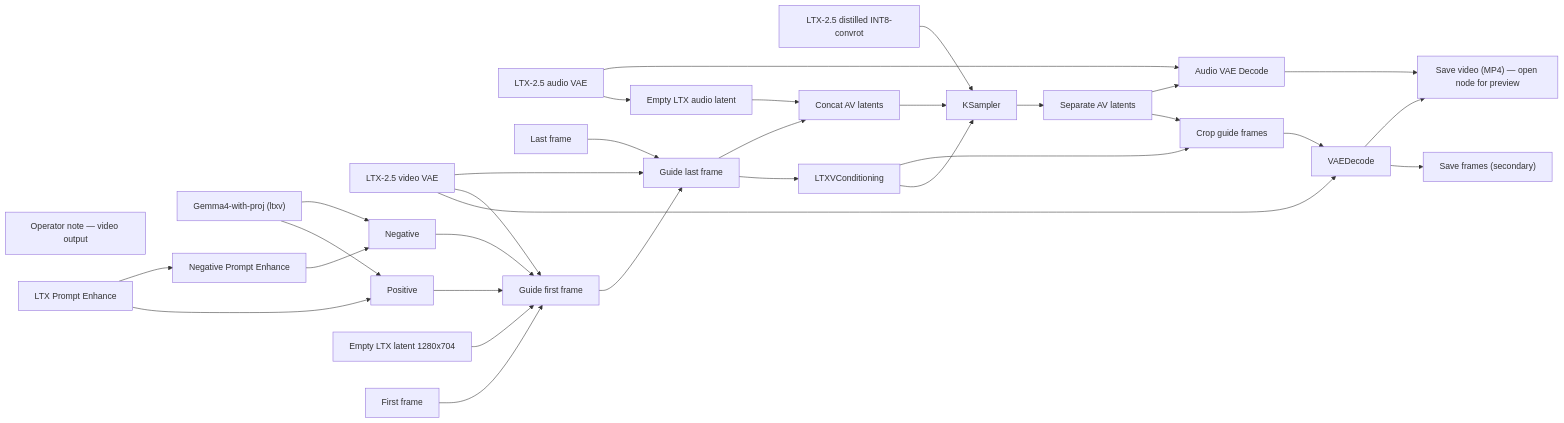
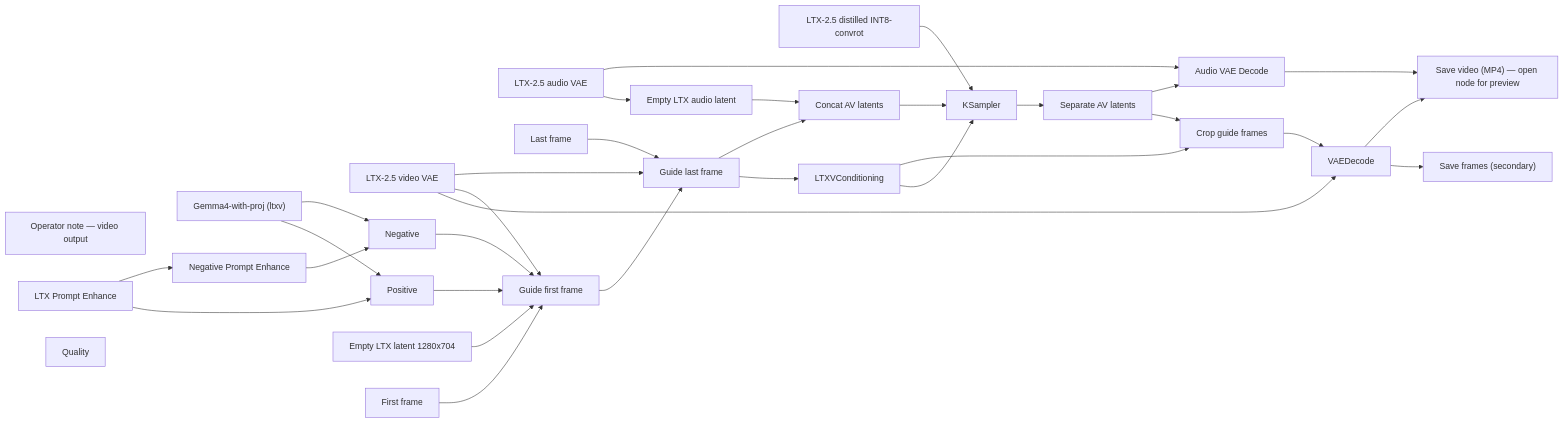
The diagram in docs/generated/workflows/ltx/flf-5s.md (toxicoder/ez-comfy-stack), drawn with Mermaid before and after one commit. The commit also changed other lines of this file and 644 other files, not shown here.

````diff
--- a/docs/generated/workflows/ltx/flf-5s.md
+++ b/docs/generated/workflows/ltx/flf-5s.md
@@ -54,57 +54,58 @@
 ```mermaid
 flowchart LR
   N1["LTX-2.5 distilled INT8-convrot"]
   N2["LTX-2.5 video VAE"]
   N3["Gemma4-with-proj (ltxv)"]
   N4["Positive"]
   N5["Negative"]
   N6["Empty LTX latent 1280x704"]
   N7["LTXVConditioning"]
   N8["KSampler"]
   N9["VAEDecode"]
   N10["Save frames (secondary)"]
   N11["LTX-2.5 audio VAE"]
   N12["Empty LTX audio latent"]
   N13["Concat AV latents"]
   N14["Separate AV latents"]
   N15["Operator note — video output"]
   N16["Save video (MP4) — open node for preview"]
   N17["LTX Prompt Enhance"]
   N18["Audio VAE Decode"]
   N19["Negative Prompt Enhance"]
   N20["First frame"]
   N21["Last frame"]
   N22["Guide first frame"]
   N23["Guide last frame"]
   N24["Crop guide frames"]
+  N25["Quality"]
   N1 --> N8
   N2 --> N9
   N2 --> N22
   N2 --> N23
   N3 --> N4
   N3 --> N5
   N4 --> N22
   N5 --> N22
   N6 --> N22
   N7 --> N8
   N7 --> N24
   N8 --> N14
   N9 --> N10
   N9 --> N16
   N11 --> N12
   N11 --> N18
   N12 --> N13
   N13 --> N8
   N14 --> N24
   N14 --> N18
   N17 --> N4
   N17 --> N19
   N18 --> N16
   N19 --> N5
   N20 --> N22
   N21 --> N23
   N22 --> N23
   N23 --> N7
   N23 --> N13
   N24 --> N9
 ```
````
